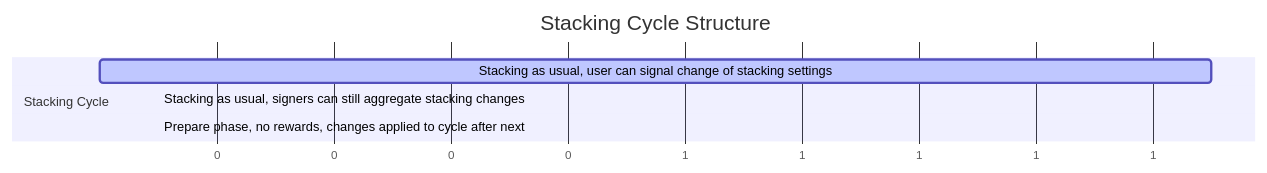
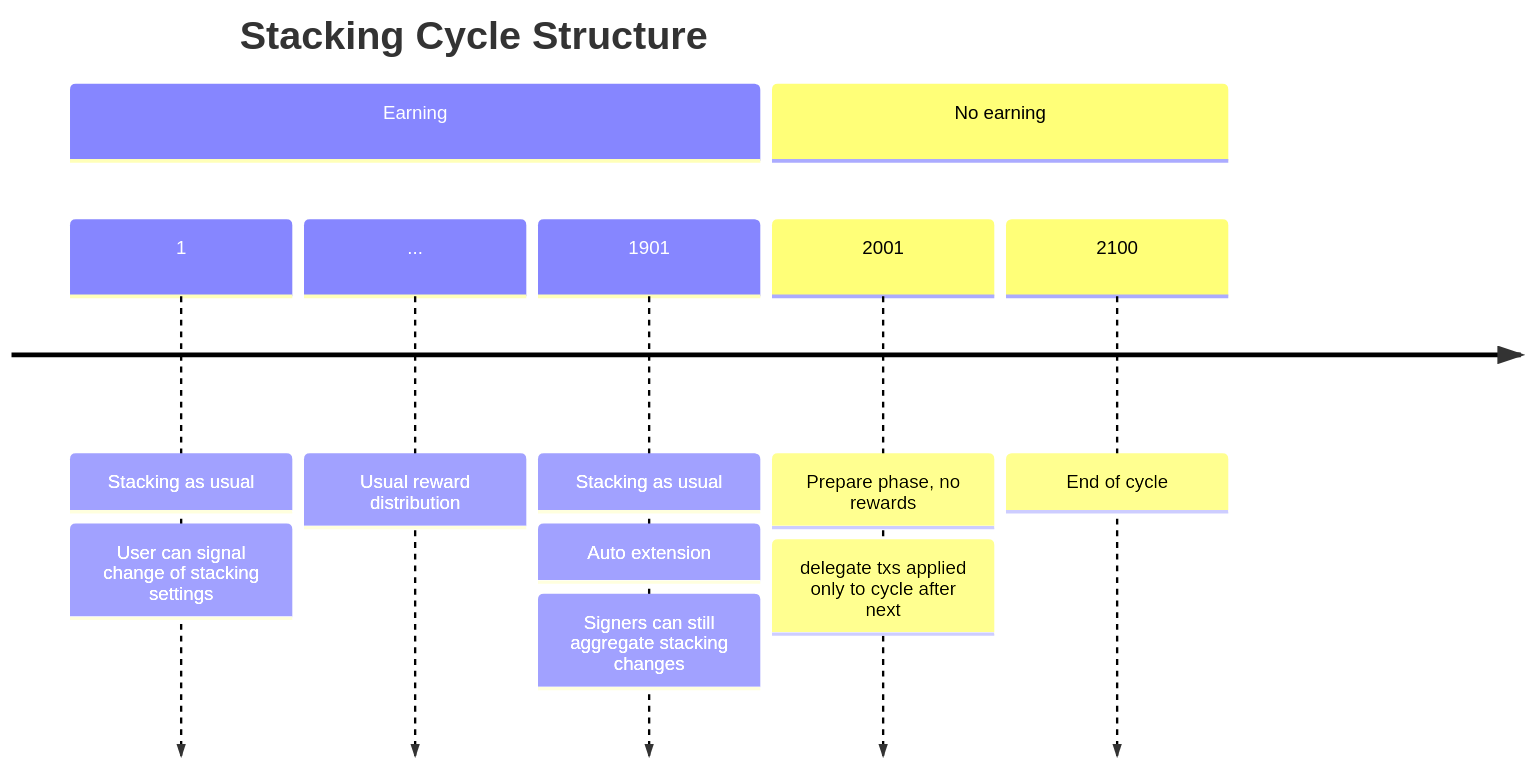
Before and after one commit to stacksgov/sips: the diagram in sips/sip-x/sip-x-improved-stacking.md, drawn with Mermaid.

Commit message:
improve mermaid graph

````diff
--- a/sips/sip-x/sip-x-improved-stacking.md
+++ b/sips/sip-x/sip-x-improved-stacking.md
@@ -133,10 +133,11 @@
 ```mermaid
-gantt
+timeline
     title Stacking Cycle Structure
-    dateFormat  x
-    axisFormat  %s
-    section Stacking Cycle
-    Stacking as usual, user can signal change of stacking settings :active, a1, 1, 1900
-    Stacking as usual, signers can still aggregate stacking changes :a2, 1901, 100
-    Prepare phase, no rewards, changes applied to cycle after next :a3, 2001, 100
+    section  Earning
+    1 : Stacking as usual : User can signal change of stacking settings
+    ... : Usual reward distribution
+    1901 : Stacking as usual : Auto extension :  Signers can still aggregate stacking changes
+    section No earning
+    2001 : Prepare phase, no rewards: delegate txs applied only to cycle after next
+    2100 : End of cycle
 ```
````
